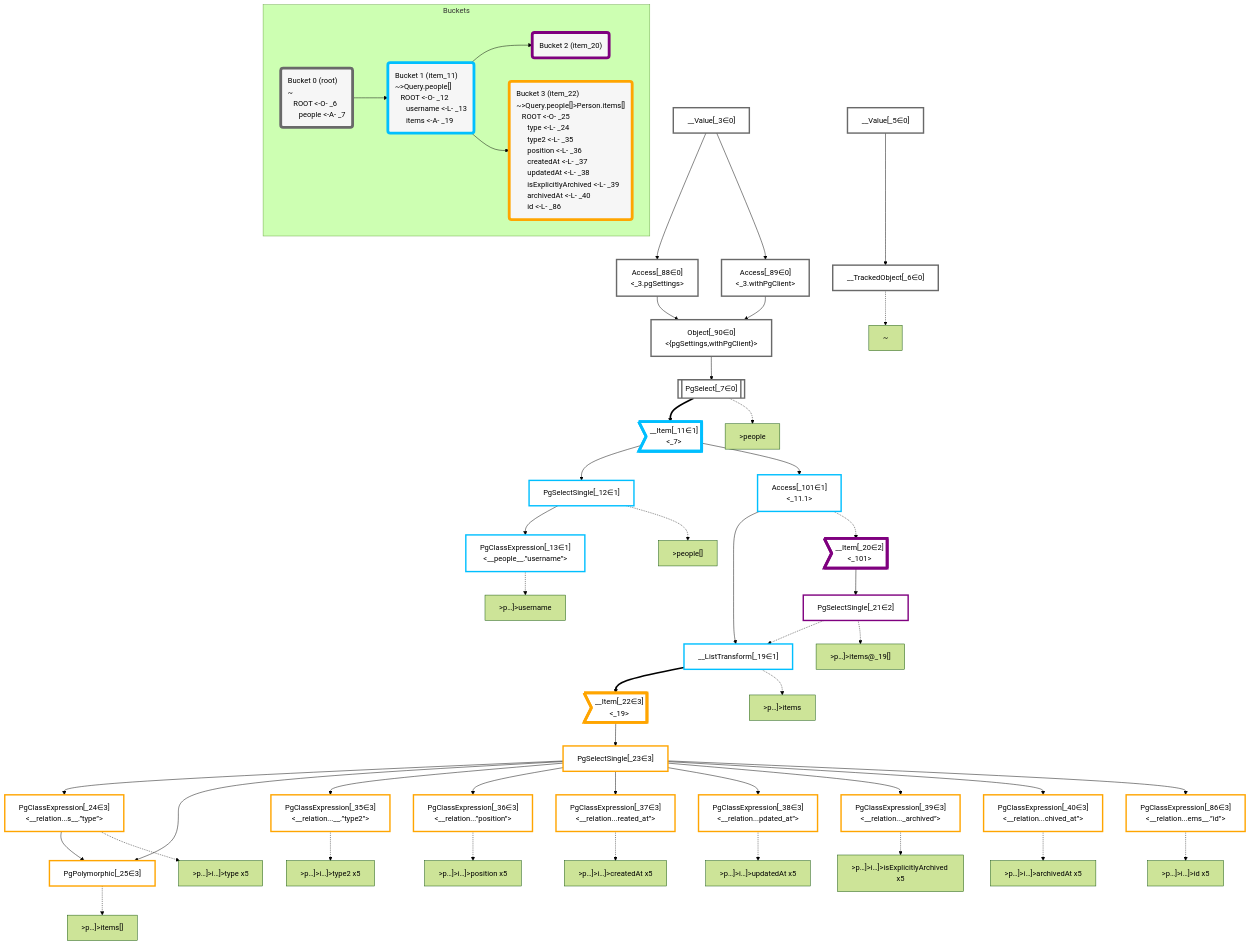
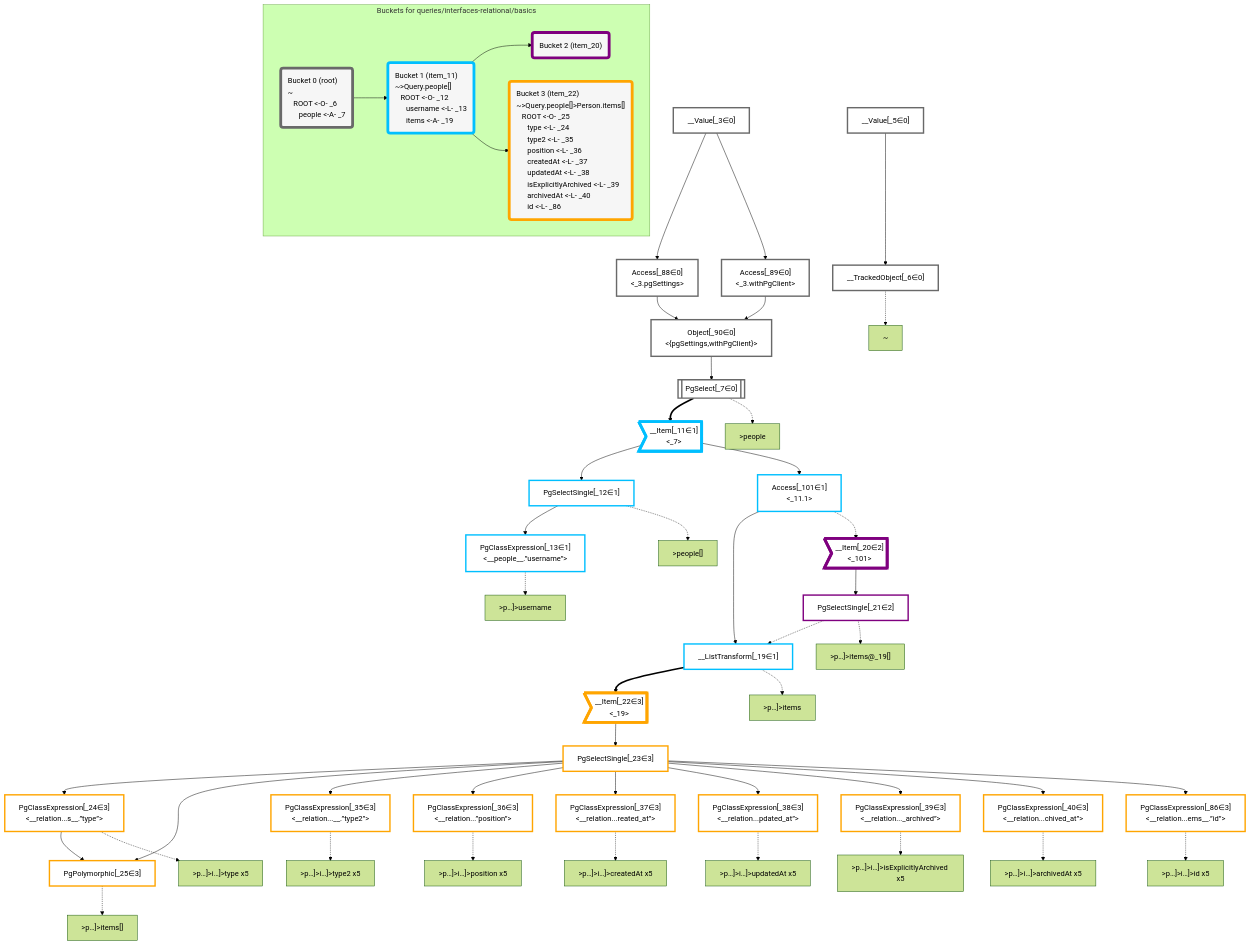
Before and after one commit to graphile/crystal: the diagram in packages/dataplan-pg/__tests__/queries/interfaces-relational/basics.mermaid.md, drawn with Mermaid (forest theme). The commit also changed 195 other files, not shown here.

```diff
--- a/packages/dataplan-pg/__tests__/queries/interfaces-relational/basics.mermaid.md
+++ b/packages/dataplan-pg/__tests__/queries/interfaces-relational/basics.mermaid.md
@@ -104,7 +104,7 @@
     classDef bucket3 stroke:#ffa500
     class __Item_22,PgSelectSingle_23,PgClassExpression_24,PgPolymorphic_25,PgClassExpression_35,PgClassExpression_36,PgClassExpression_37,PgClassExpression_38,PgClassExpression_39,PgClassExpression_40,PgClassExpression_86 bucket3
 
-    subgraph Buckets
+    subgraph "Buckets for queries/interfaces-relational/basics"
     Bucket0("Bucket 0 (root)<br />~<br />⠀ROOT <-O- _6<br />⠀⠀people <-A- _7"):::bucket
     style Bucket0 stroke:#696969
     Bucket1("Bucket 1 (item_11)<br />~>Query.people[]<br />⠀ROOT <-O- _12<br />⠀⠀username <-L- _13<br />⠀⠀items <-A- _19"):::bucket
```
